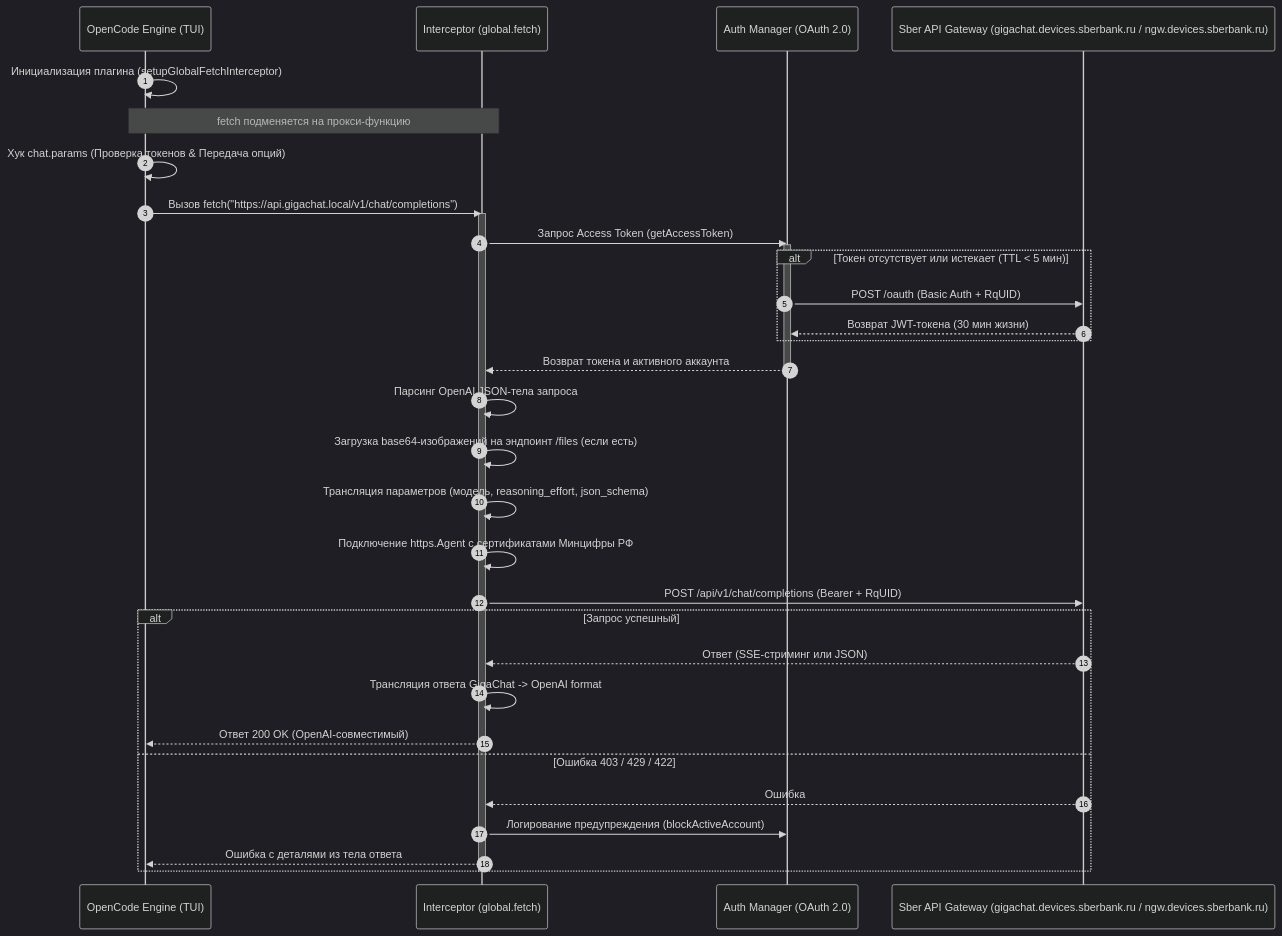
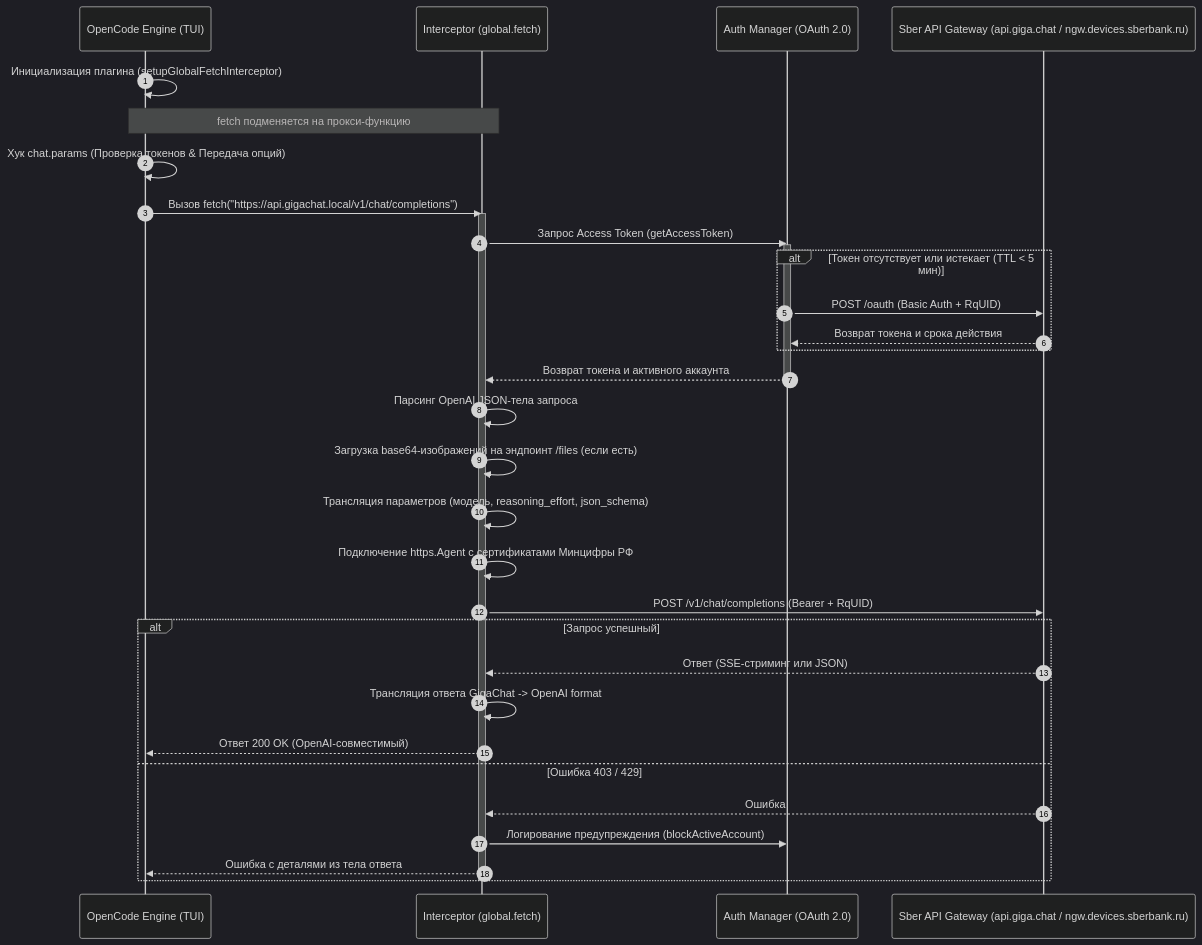
Before and after one commit to Overman775/opencode-gigachat-plugin: the diagram in docs/ARCHITECTURE.md, drawn with Mermaid (dark theme). The commit also changed other lines of this file and 44 other files, not shown here.

First line of the commit message:
Refactor GigaChat plugin and improve installation

````diff
--- a/docs/ARCHITECTURE.md
+++ b/docs/ARCHITECTURE.md
@@ -11,42 +57,42 @@
 ```mermaid
 sequenceDiagram
     autonumber
     participant Engine as OpenCode Engine (TUI)
     participant Fetch as Interceptor (global.fetch)
     participant Auth as Auth Manager (OAuth 2.0)
-    participant Sber as Sber API Gateway (gigachat.devices.sberbank.ru / ngw.devices.sberbank.ru)
+    participant Sber as Sber API Gateway (api.giga.chat / ngw.devices.sberbank.ru)
 
     Engine->>Engine: Инициализация плагина (setupGlobalFetchInterceptor)
     Note over Engine, Fetch: fetch подменяется на прокси-функцию
 
     Engine->>Engine: Хук chat.params (Проверка токенов & Передача опций)
     Engine->>Fetch: Вызов fetch("https://api.gigachat.local/v1/chat/completions")
     activate Fetch
 
     Fetch->>Auth: Запрос Access Token (getAccessToken)
     activate Auth
     alt Токен отсутствует или истекает (TTL < 5 мин)
         Auth->>Sber: POST /oauth (Basic Auth + RqUID)
-        Sber-->>Auth: Возврат JWT-токена (30 мин жизни)
+        Sber-->>Auth: Возврат токена и срока действия
     end
     Auth-->>Fetch: Возврат токена и активного аккаунта
     deactivate Auth
 
     Fetch->>Fetch: Парсинг OpenAI JSON-тела запроса
     Fetch->>Fetch: Загрузка base64-изображений на эндпоинт /files (если есть)
     Fetch->>Fetch: Трансляция параметров (модель, reasoning_effort, json_schema)
     Fetch->>Fetch: Подключение https.Agent с сертификатами Минцифры РФ
 
-    Fetch->>Sber: POST /api/v1/chat/completions (Bearer + RqUID)
+    Fetch->>Sber: POST /v1/chat/completions (Bearer + RqUID)
     
     alt Запрос успешный
         Sber-->>Fetch: Ответ (SSE-стриминг или JSON)
         Fetch->>Fetch: Трансляция ответа GigaChat -> OpenAI format
         Fetch-->>Engine: Ответ 200 OK (OpenAI-совместимый)
-    else Ошибка 403 / 429 / 422
+    else Ошибка 403 / 429
         Sber-->>Fetch: Ошибка
         Fetch->>Auth: Логирование предупреждения (blockActiveAccount)
         Fetch-->>Engine: Ошибка с деталями из тела ответа
     end
     deactivate Fetch
 ```
````
